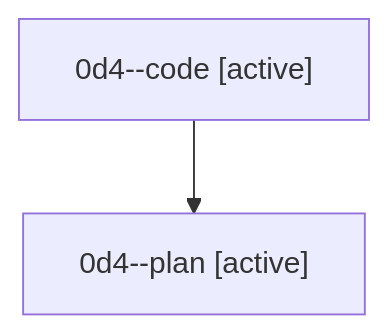
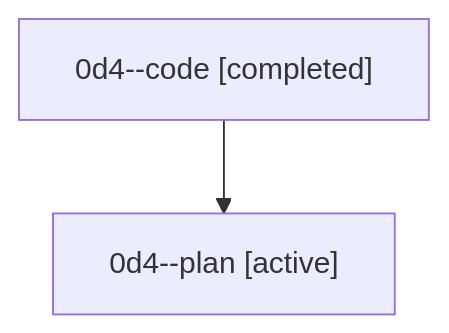
Before and after one commit to sase-org/sase--agents: the diagram in families/bbugyi200.athena.0d4.md, drawn with Mermaid. The commit also changed other lines of this file and 35830 other files, not shown here.

````diff
--- a/families/bbugyi200.athena.0d4.md
+++ b/families/bbugyi200.athena.0d4.md
@@ -9,6 +9,6 @@
 ```mermaid
 flowchart TD
-  n0["0d4--code [active]"]
+  n0["0d4--code [completed]"]
   n1["0d4--plan [active]"]
   n0 --> n1
 ```
````
